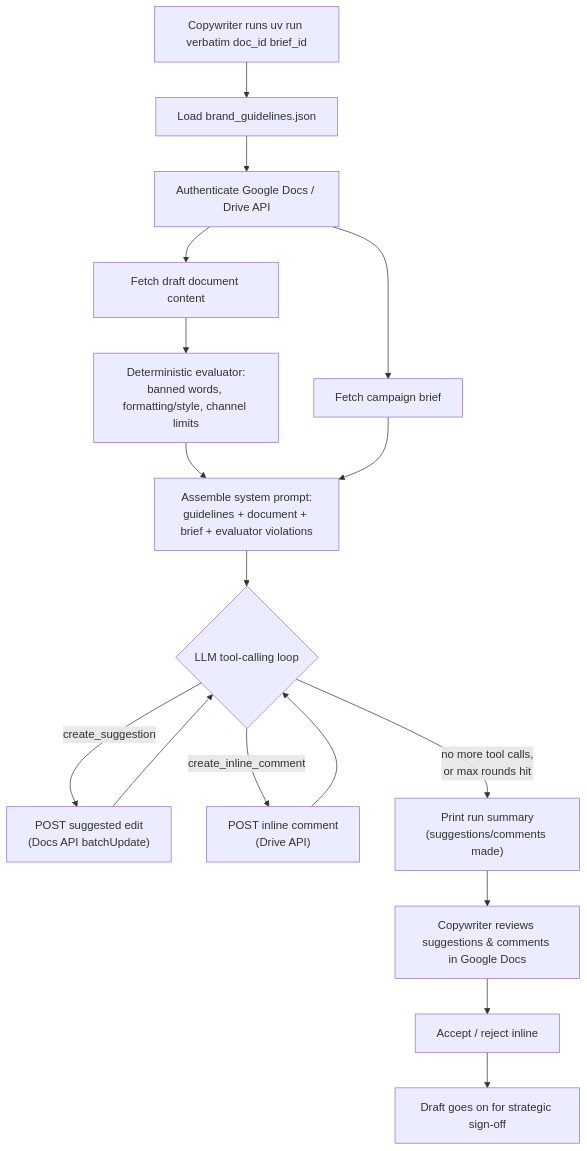
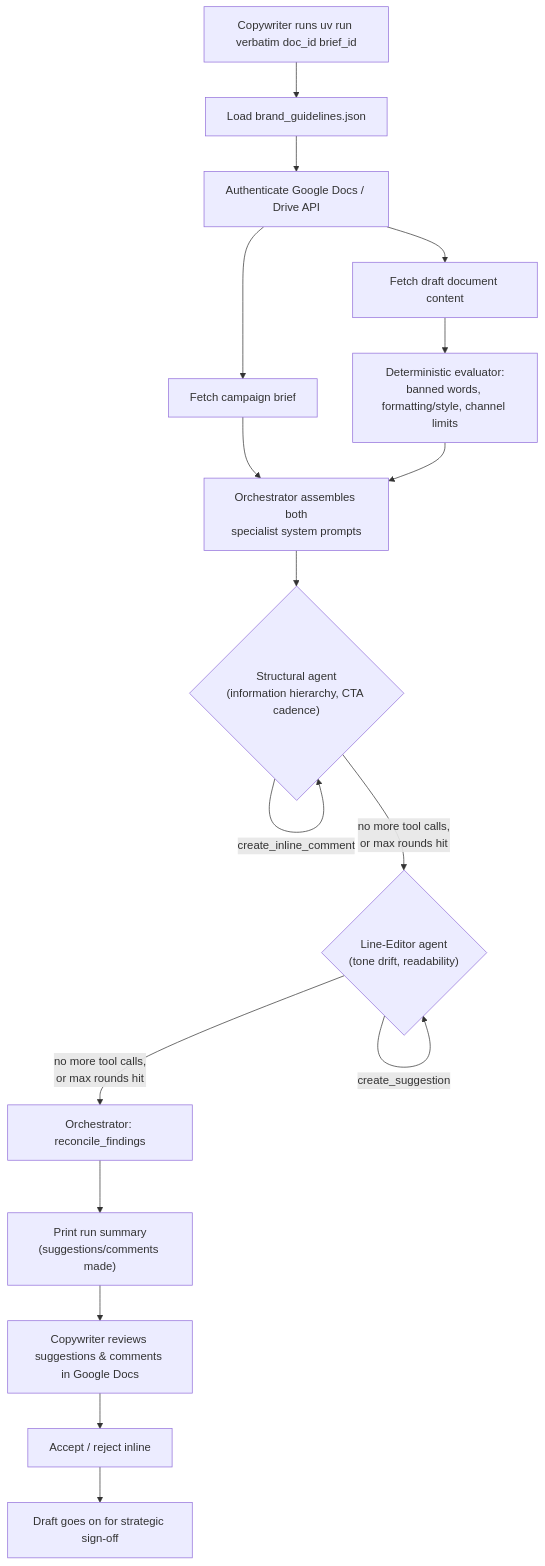
One commit to hirekarl/verbatim changed the diagram in README.md. Above: the diagram before and after it, drawn with Mermaid. The commit also changed other lines of this file and 20 other files, not shown here.

Commit message:
feat: implement multi-agent audit split (Structural + Line-Editor agents) (#46)

````diff
--- a/README.md
+++ b/README.md
@@ -39,19 +39,19 @@
 ```mermaid
 flowchart TD
     A["Copywriter runs uv run verbatim doc_id brief_id"] --> B[Load brand_guidelines.json]
     B --> C[Authenticate Google Docs / Drive API]
     C --> D[Fetch draft document content]
     C --> E[Fetch campaign brief]
     D --> F["Deterministic evaluator:<br/>banned words, formatting/style, channel limits"]
-    F --> G["Assemble system prompt:<br/>guidelines + document + brief + evaluator violations"]
-    E --> G
-    G --> H{LLM tool-calling loop}
-    H -- "create_suggestion" --> I["POST suggested edit<br/>(Docs API batchUpdate)"]
-    H -- "create_inline_comment" --> J["POST inline comment<br/>(Drive API)"]
-    I --> H
-    J --> H
-    H -- "no more tool calls,<br/>or max rounds hit" --> K["Print run summary<br/>(suggestions/comments made)"]
+    E --> G["Orchestrator assembles both<br/>specialist system prompts"]
+    F --> G
+    G --> H{"Structural agent<br/>(information hierarchy, CTA cadence)"}
+    H -- "create_inline_comment" --> H
+    H -- "no more tool calls,<br/>or max rounds hit" --> I{"Line-Editor agent<br/>(tone drift, readability)"}
+    I -- "create_suggestion" --> I
+    I -- "no more tool calls,<br/>or max rounds hit" --> J[Orchestrator: reconcile_findings]
+    J --> K["Print run summary<br/>(suggestions/comments made)"]
     K --> L[Copywriter reviews suggestions & comments in Google Docs]
     L --> M[Accept / reject inline]
     M --> N[Draft goes on for strategic sign-off]
 ```
````
